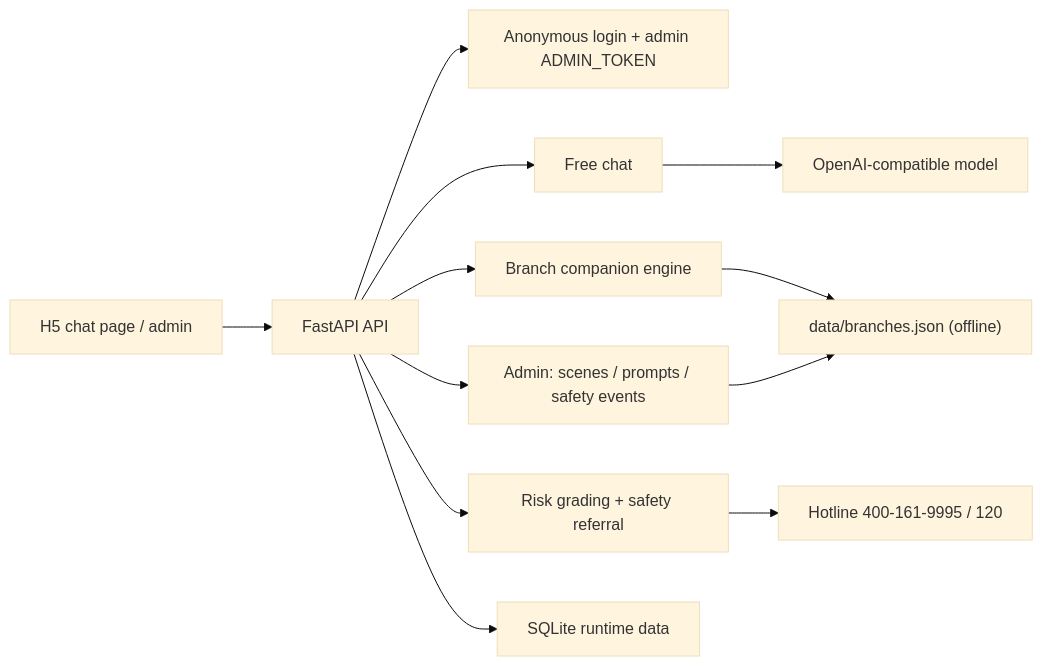
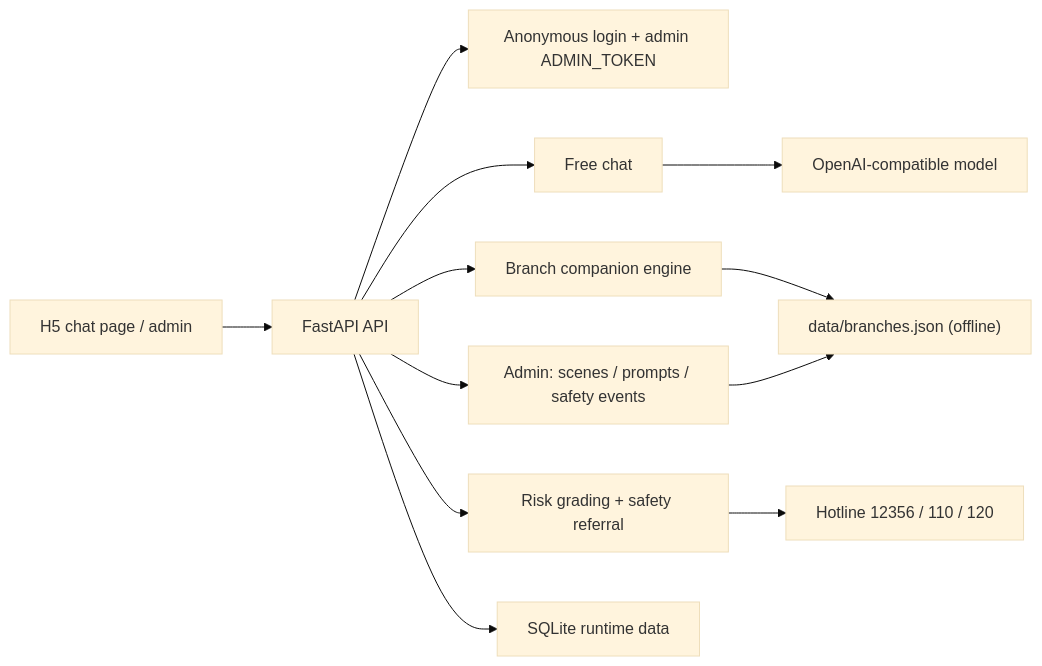
The diagram in README.md (liao96312/houmenbiegun), drawn with Mermaid (base theme) before and after one commit. The commit also changed other lines of this file and 46 other files, not shown here.

First line of the commit message:
Harden safety flow and MVP acceptance (#1)

````diff
--- a/README.md
+++ b/README.md
@@ -55,14 +55,14 @@
 ```mermaid
 flowchart LR
   Browser["H5 chat page / admin"] --> API["FastAPI API"]
   API --> Auth["Anonymous login + admin ADMIN_TOKEN"]
   API --> Free["Free chat"]
   Free --> LLM["OpenAI-compatible model"]
   API --> Branch["Branch companion engine"]
   Branch --> JSON["data/branches.json (offline)"]
   API --> Safety["Risk grading + safety referral"]
-  Safety --> Hotline["Hotline 400-161-9995 / 120"]
+  Safety --> Hotline["Hotline 12356 / 110 / 120"]
   API --> Admin["Admin: scenes / prompts / safety events"]
   Admin --> JSON
   API --> Store["SQLite runtime data"]
 ```
````
